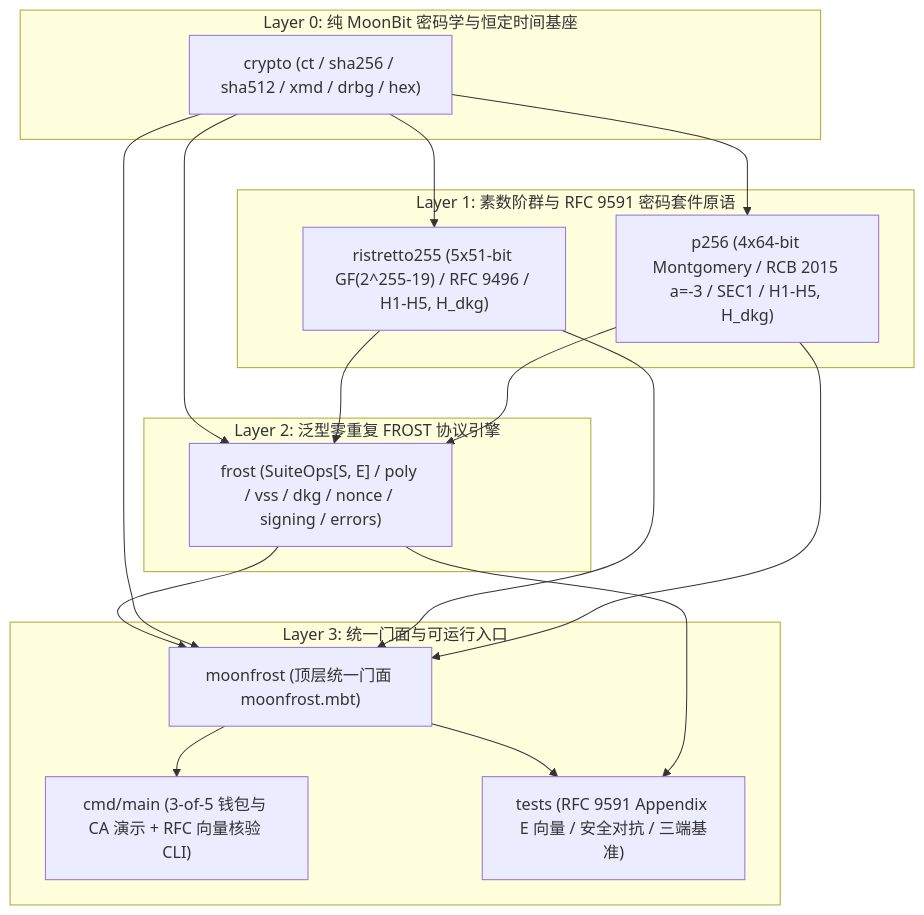
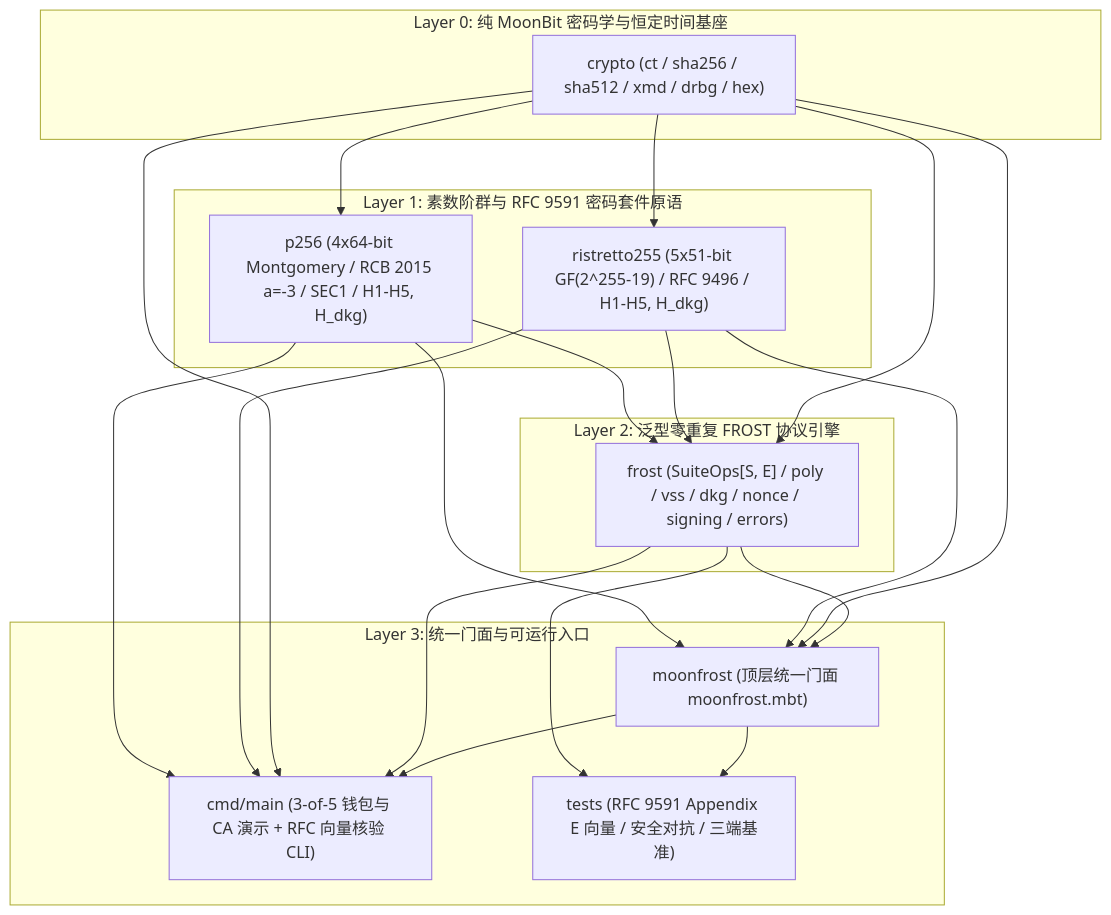
The first of 3 diagrams in docs/ARCHITECTURE.md (CoolrfulDARkness/moonfrost), drawn with Mermaid before and after one commit. The commit also changed other lines of this file and 3 other files, not shown here.

````diff
--- a/docs/ARCHITECTURE.md
+++ b/docs/ARCHITECTURE.md
@@ -11,34 +11,38 @@
 ```mermaid
 flowchart TD
     subgraph L0["Layer 0: 纯 MoonBit 密码学与恒定时间基座"]
         C["crypto (ct / sha256 / sha512 / xmd / drbg / hex)"]
     end
 
     subgraph L1["Layer 1: 素数阶群与 RFC 9591 密码套件原语"]
         R["ristretto255 (5x51-bit GF(2^255-19) / RFC 9496 / H1-H5, H_dkg)"]
         P["p256 (4x64-bit Montgomery / RCB 2015 a=-3 / SEC1 / H1-H5, H_dkg)"]
     end
 
     subgraph L2["Layer 2: 泛型零重复 FROST 协议引擎"]
         F["frost (SuiteOps[S, E] / poly / vss / dkg / nonce / signing / errors)"]
     end
 
     subgraph L3["Layer 3: 统一门面与可运行入口"]
         M["moonfrost (顶层统一门面 moonfrost.mbt)"]
         CLI["cmd/main (3-of-5 钱包与 CA 演示 + RFC 向量核验 CLI)"]
         T["tests (RFC 9591 Appendix E 向量 / 安全对抗 / 三端基准)"]
     end
 
     C --> R
     C --> P
     C --> F
     R --> F
     P --> F
     F --> M
     C --> M
     R --> M
     P --> M
     M --> CLI
+    F --> CLI
+    C --> CLI
+    R --> CLI
+    P --> CLI
     M --> T
     F --> T
 ```
````
